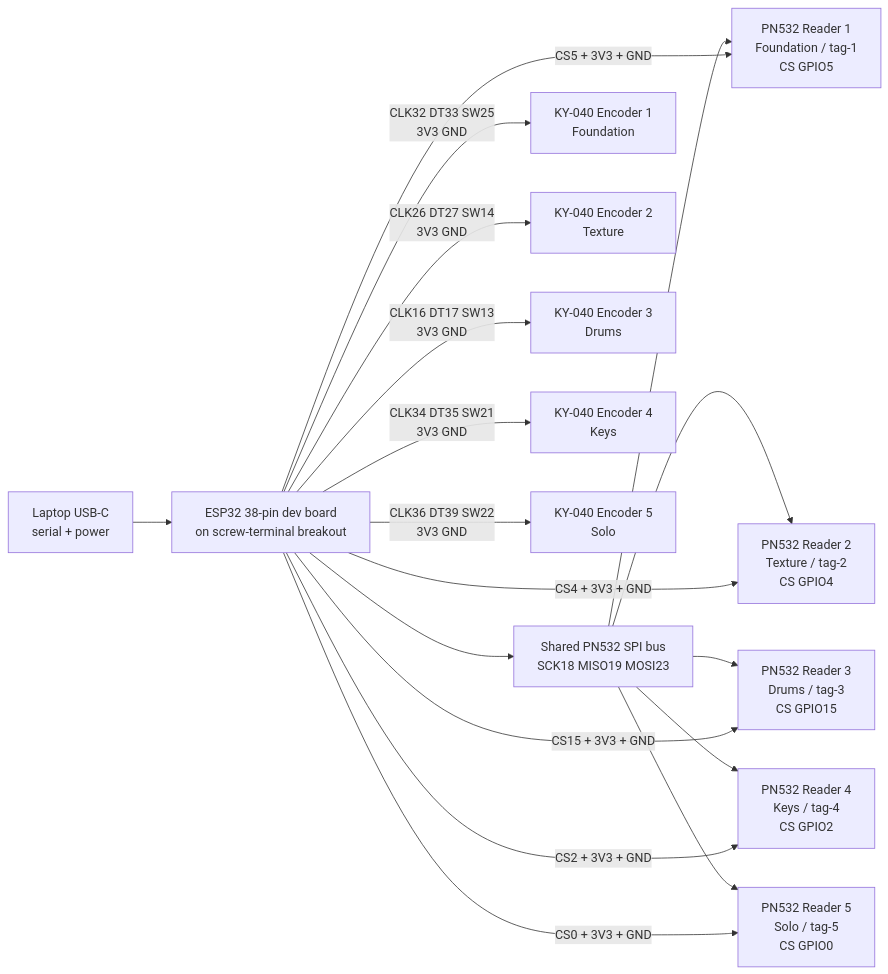
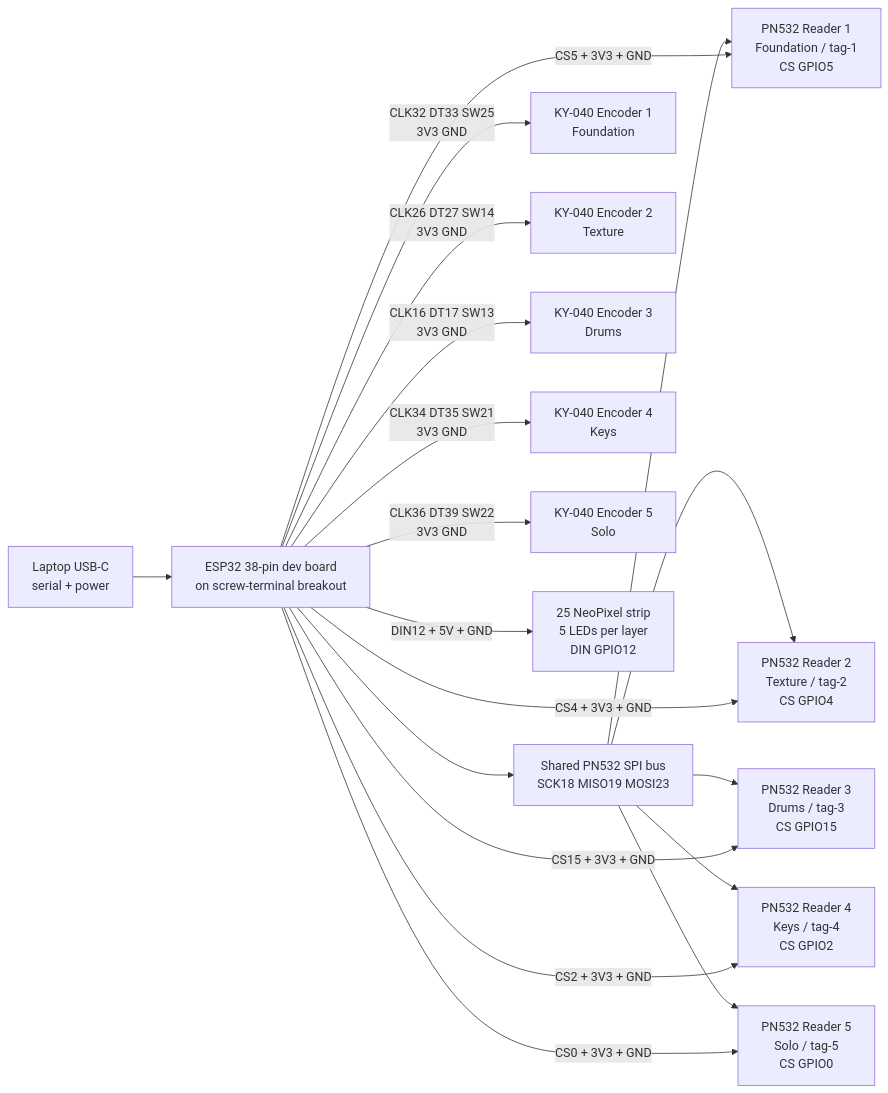
Before and after one commit to adiind/dpi-layered-music-maker: the diagram in current/docs/hardware-wiring.md, drawn with Mermaid. The commit also changed other lines of this file and 4 other files, not shown here.

Commit message:
Add NeoPixel layer volume strip

````diff
--- a/current/docs/hardware-wiring.md
+++ b/current/docs/hardware-wiring.md
@@ -52,34 +56,36 @@
 ```mermaid
 flowchart LR
   ESP["ESP32 38-pin dev board<br/>on screw-terminal breakout"]
   USB["Laptop USB-C<br/>serial + power"]
   BUS["Shared PN532 SPI bus<br/>SCK18 MISO19 MOSI23"]
   R1["PN532 Reader 1<br/>Foundation / tag-1<br/>CS GPIO5"]
   R2["PN532 Reader 2<br/>Texture / tag-2<br/>CS GPIO4"]
   R3["PN532 Reader 3<br/>Drums / tag-3<br/>CS GPIO15"]
   R4["PN532 Reader 4<br/>Keys / tag-4<br/>CS GPIO2"]
   R5["PN532 Reader 5<br/>Solo / tag-5<br/>CS GPIO0"]
   E1["KY-040 Encoder 1<br/>Foundation"]
   E2["KY-040 Encoder 2<br/>Texture"]
   E3["KY-040 Encoder 3<br/>Drums"]
   E4["KY-040 Encoder 4<br/>Keys"]
   E5["KY-040 Encoder 5<br/>Solo"]
+  LED["25 NeoPixel strip<br/>5 LEDs per layer<br/>DIN GPIO12"]
 
   USB --> ESP
   ESP --> BUS
   BUS --> R1
   BUS --> R2
   BUS --> R3
   BUS --> R4
   BUS --> R5
   ESP -- "CS5 + 3V3 + GND" --> R1
   ESP -- "CS4 + 3V3 + GND" --> R2
   ESP -- "CS15 + 3V3 + GND" --> R3
   ESP -- "CS2 + 3V3 + GND" --> R4
   ESP -- "CS0 + 3V3 + GND" --> R5
   ESP -- "CLK32 DT33 SW25<br/>3V3 GND" --> E1
   ESP -- "CLK26 DT27 SW14<br/>3V3 GND" --> E2
   ESP -- "CLK16 DT17 SW13<br/>3V3 GND" --> E3
   ESP -- "CLK34 DT35 SW21<br/>3V3 GND" --> E4
   ESP -- "CLK36 DT39 SW22<br/>3V3 GND" --> E5
+  ESP -- "DIN12 + 5V + GND" --> LED
 ```
````
